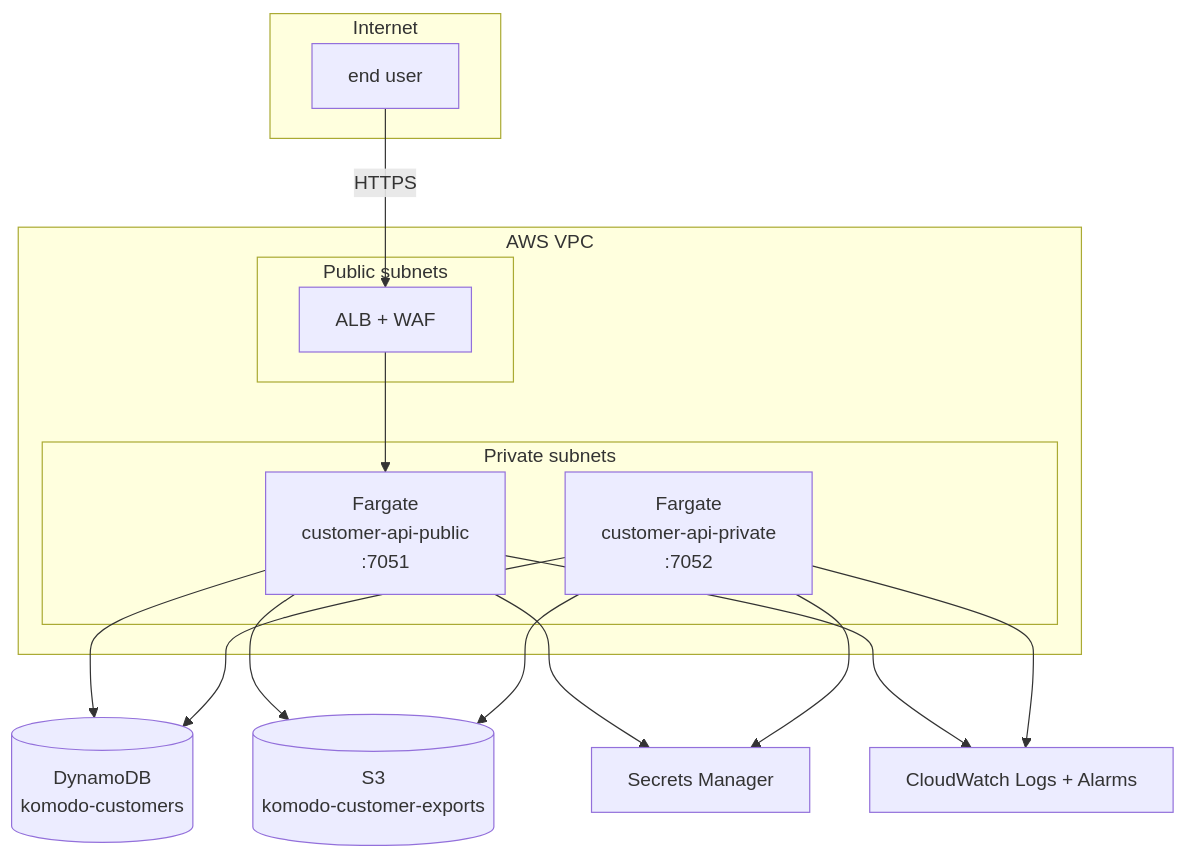
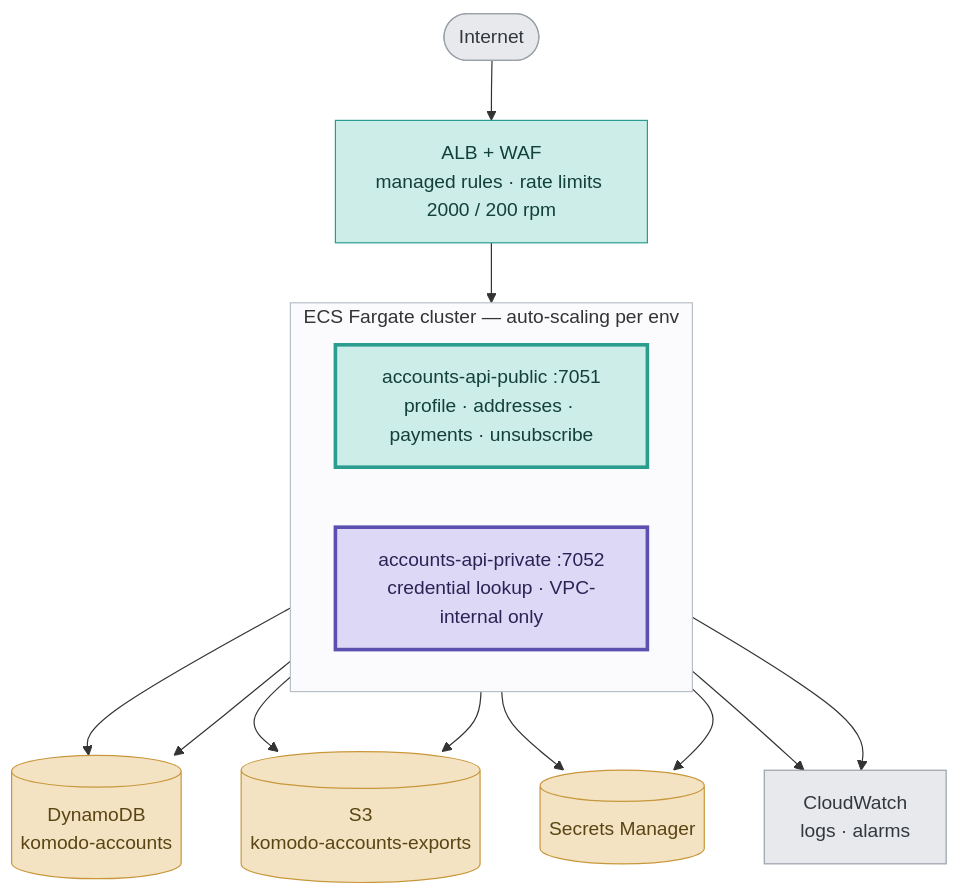
One commit to rdevitto86/komodo-accounts-api changed the diagram in docs/diagrams/deployment-topology.mmd. Above: the diagram before and after it, drawn with Mermaid. The commit also changed 74 other files, not shown here.

```diff
--- a/docs/diagrams/deployment-topology.mmd
+++ b/docs/diagrams/deployment-topology.mmd
@@ -1,30 +1,41 @@
-flowchart TB
-    subgraph Internet
-        USR[end user]
+flowchart TD
+    Internet([Internet])
+    ALB["ALB + WAF<br/>managed rules · rate limits 2000 / 200 rpm"]
+
+    subgraph ECS["ECS Fargate cluster — auto-scaling per env"]
+        direction LR
+        Pub["accounts-api-public :7051<br/>profile · addresses · payments · unsubscribe"]
+        Priv["accounts-api-private :7052<br/>credential lookup · VPC-internal only"]
     end
 
-    subgraph AWS_VPC[AWS VPC]
-        subgraph PUB[Public subnets]
-            ALB[ALB + WAF]
-        end
-        subgraph PRV[Private subnets]
-            PUBSVC[Fargate<br/>customer-api-public<br/>:7051]
-            PRVSVC[Fargate<br/>customer-api-private<br/>:7052]
-        end
-    end
+    DDB[("DynamoDB<br/>komodo-accounts")]
+    S3[("S3<br/>komodo-accounts-exports")]
+    SM[("Secrets Manager")]
+    CW["CloudWatch<br/>logs · alarms"]
 
-    DDB[(DynamoDB<br/>komodo-customers)]
-    S3[(S3<br/>komodo-customer-exports)]
-    SM[Secrets Manager]
-    CW[CloudWatch Logs + Alarms]
+    Internet --> ALB --> Pub
 
-    USR -->|HTTPS| ALB
-    ALB --> PUBSVC
-    PUBSVC --> DDB
-    PUBSVC --> S3
-    PUBSVC --> SM
-    PRVSVC --> DDB
-    PRVSVC --> S3
-    PRVSVC --> SM
-    PUBSVC --> CW
-    PRVSVC --> CW
+    Pub --> DDB
+    Pub --> S3
+    Pub --> SM
+    Pub --> CW
+
+    Priv --> DDB
+    Priv --> S3
+    Priv --> SM
+    Priv --> CW
+
+    classDef publicPlane fill:#CDEDE8,stroke:#2A9D8F,color:#12403A;
+    classDef privatePlane fill:#DDD8F5,stroke:#5B4FB0,color:#2A2456;
+    classDef dataLayer fill:#F3E3C3,stroke:#C9973B,color:#5A4413;
+    classDef external fill:#E7E9EC,stroke:#9AA1A9,color:#33383D;
+    classDef pipeline fill:#D9E7CC,stroke:#7A9A65,color:#334524;
+
+    class ALB,Pub publicPlane;
+    class Priv privatePlane;
+    class DDB,S3,SM dataLayer;
+    class Internet,CW external;
+
+    style Pub stroke-width:3px;
+    style Priv stroke-width:3px;
+    style ECS fill:#FBFBFD,stroke:#B9BFC7,stroke-width:1px;
```
